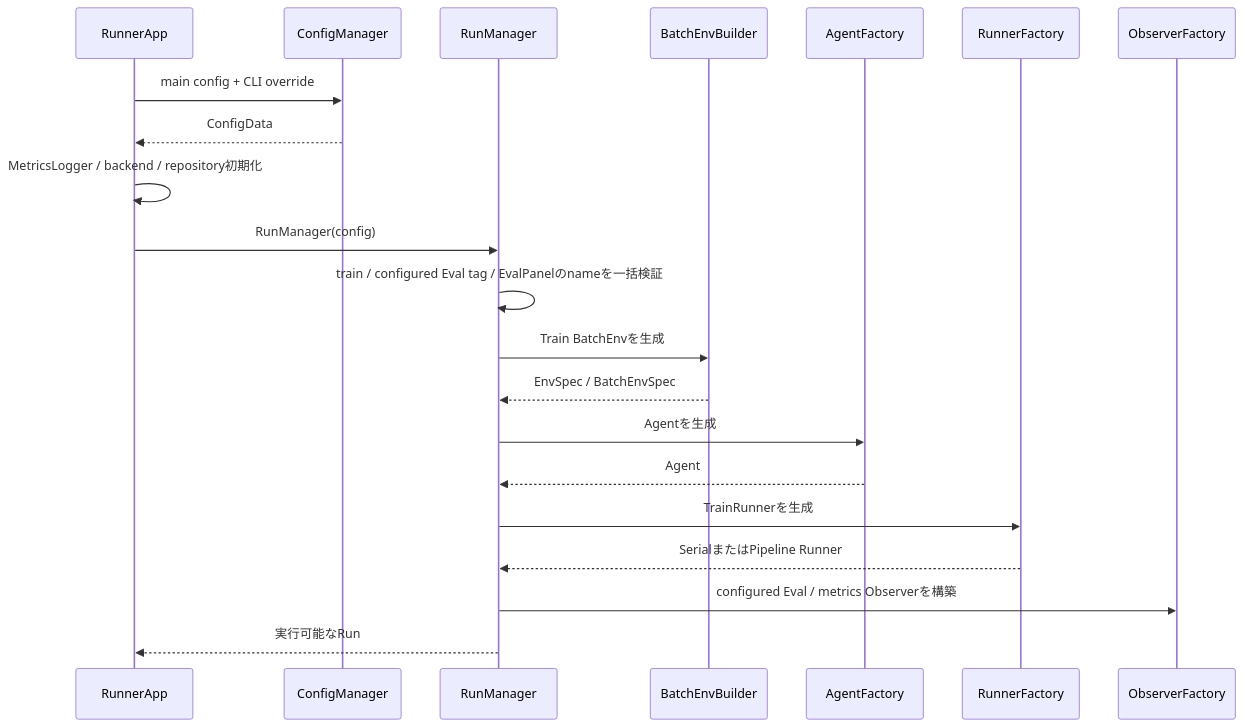
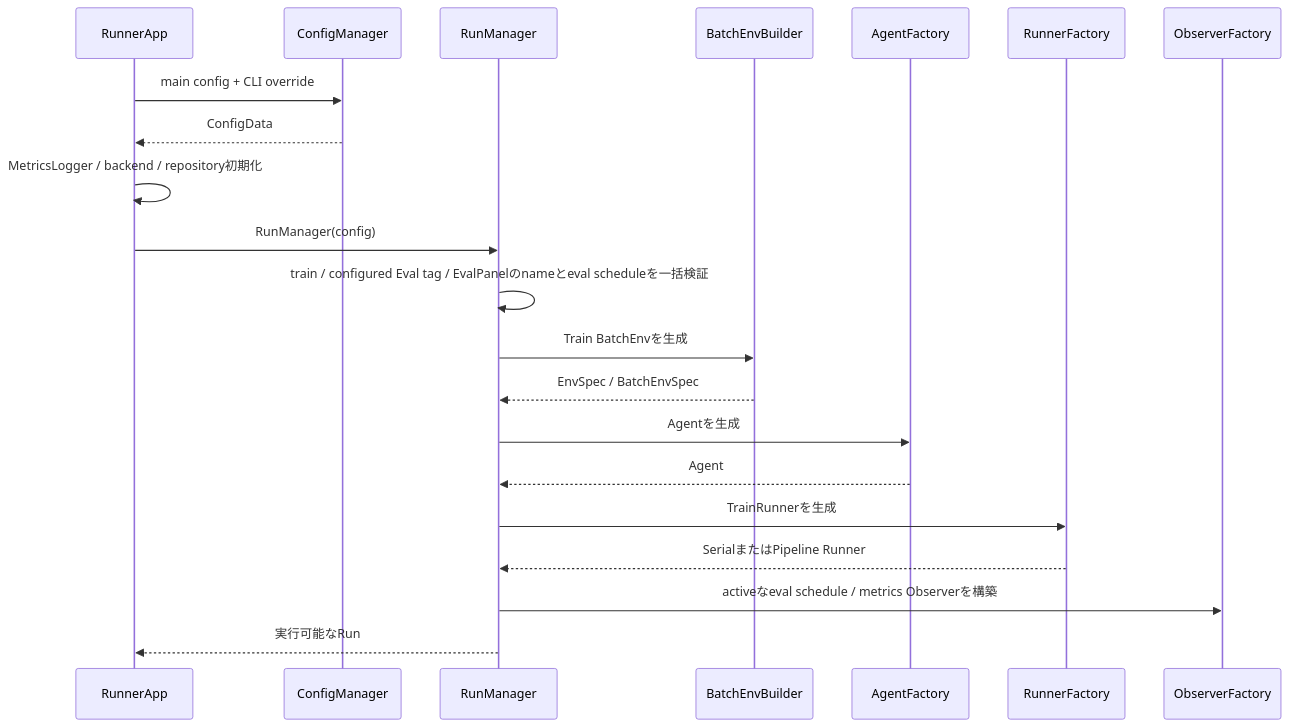
Before and after one commit to kazukin123/anet-lab: the second of 4 diagrams in docs/design/100_runtime_and_configuration.jp.md, drawn with Mermaid. The commit also changed other lines of this file and 16 other files, not shown here.

````diff
--- a/docs/design/100_runtime_and_configuration.jp.md
+++ b/docs/design/100_runtime_and_configuration.jp.md
@@ -125,24 +125,24 @@
 ```mermaid
 sequenceDiagram
     participant App as RunnerApp
     participant CM as ConfigManager
     participant RM as RunManager
     participant EB as BatchEnvBuilder
     participant AF as AgentFactory
     participant RF as RunnerFactory
     participant OF as ObserverFactory
 
     App->>CM: main config + CLI override
     CM-->>App: ConfigData
     App->>App: MetricsLogger / backend / repository初期化
     App->>RM: RunManager(config)
-    RM->>RM: train / configured Eval tag / EvalPanelのnameを一括検証
+    RM->>RM: train / configured Eval tag / EvalPanelのnameとeval scheduleを一括検証
     RM->>EB: Train BatchEnvを生成
     EB-->>RM: EnvSpec / BatchEnvSpec
     RM->>AF: Agentを生成
     AF-->>RM: Agent
     RM->>RF: TrainRunnerを生成
     RF-->>RM: SerialまたはPipeline Runner
-    RM->>OF: configured Eval / metrics Observerを構築
+    RM->>OF: activeなeval schedule / metrics Observerを構築
     RM-->>App: 実行可能なRun
 ```
````
